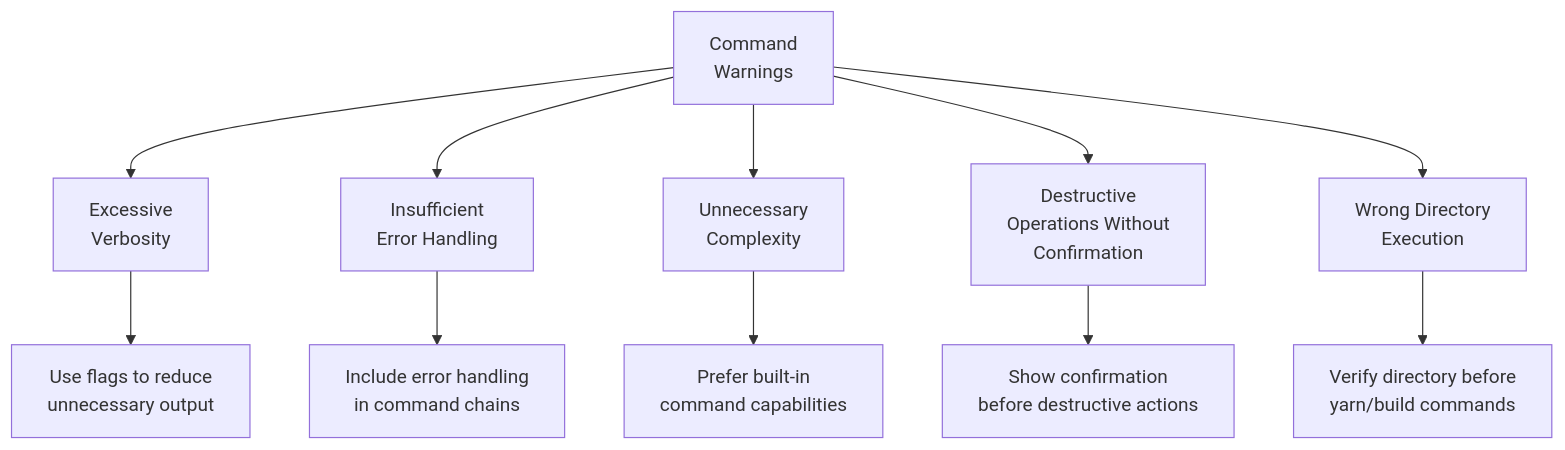
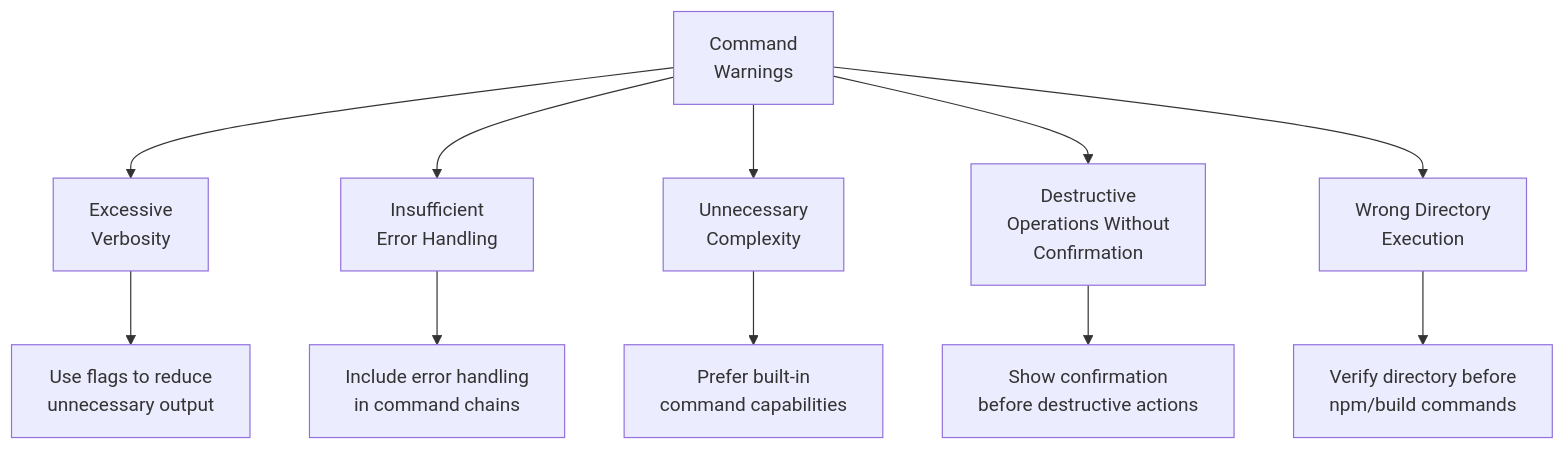
One commit to taddyorg/inkverse changed the seventh of 7 diagrams in .cursor/rules/isolation_rules/Core/command-execution.mdc. Above: the diagram before and after it, drawn with Mermaid. The commit also changed other lines of this file and 19 other files, not shown here.

````diff
--- a/.cursor/rules/isolation_rules/Core/command-execution.mdc
+++ b/.cursor/rules/isolation_rules/Core/command-execution.mdc
@@ -209,14 +200,14 @@
 ```mermaid
 graph TD
     Warning["Command<br>Warnings"] --> W1["Excessive<br>Verbosity"]
     Warning --> W2["Insufficient<br>Error Handling"]
     Warning --> W3["Unnecessary<br>Complexity"]
     Warning --> W4["Destructive<br>Operations Without<br>Confirmation"]
     Warning --> W5["Wrong Directory<br>Execution"]
     
     W1 --> S1["Use flags to reduce<br>unnecessary output"]
     W2 --> S2["Include error handling<br>in command chains"]
     W3 --> S3["Prefer built-in<br>command capabilities"]
     W4 --> S4["Show confirmation<br>before destructive actions"]
-    W5 --> S5["Verify directory before<br>yarn/build commands"]
+    W5 --> S5["Verify directory before<br>npm/build commands"]
 ``` 
````
